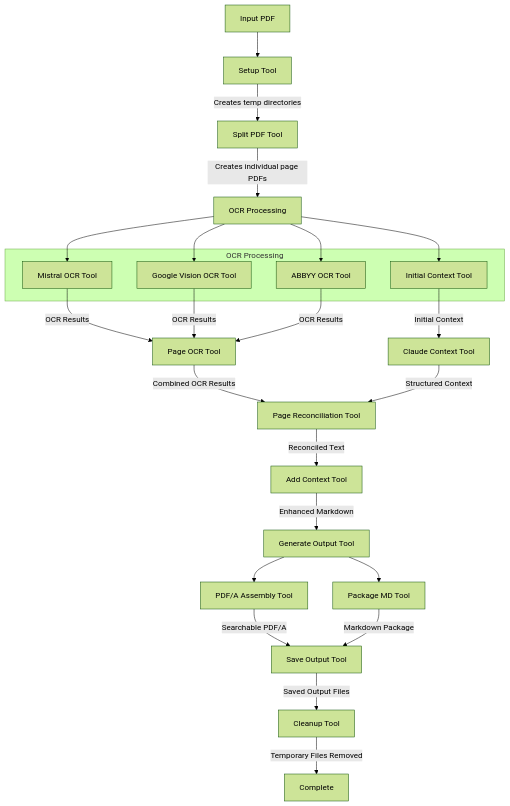
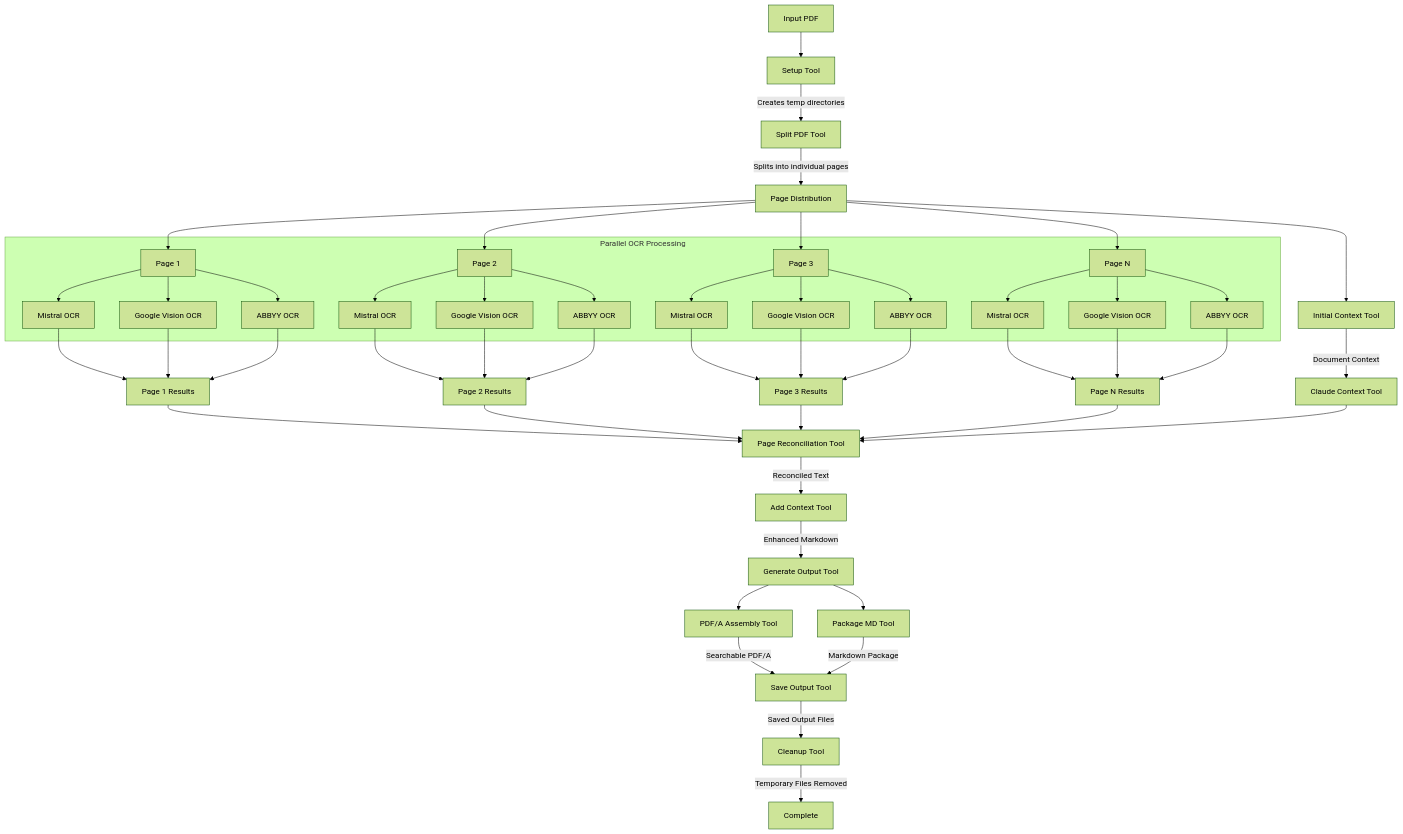
Before and after one commit to chadananda/flowkit: the diagram in example_apps/ocr-pdf/README.md, drawn with Mermaid (forest theme). The commit also changed other lines of this file, not shown here.

Commit message:
improved readme for ocr-pdf

````diff
--- a/example_apps/ocr-pdf/README.md
+++ b/example_apps/ocr-pdf/README.md
@@ -80,38 +84,62 @@
 ```mermaid
 graph TD
     A[Input PDF] --> B[Setup Tool]
     B -->|Creates temp directories| C[Split PDF Tool]
-    C -->|Creates individual page PDFs| D[OCR Processing]
+    C -->|Splits into individual pages| D[Page Distribution]
     
-    subgraph "OCR Processing"
-        D1[Mistral OCR Tool] 
-        D2[Google Vision OCR Tool]
-        D3[ABBYY OCR Tool]
-        D4[Initial Context Tool]
+    %% Page Distribution to Parallel OCR Engines
+    D --> D1[Page 1]
+    D --> D2[Page 2]
+    D --> D3[Page 3]
+    D --> D4[Page N]
+    
+    %% Parallel OCR Processing for each page
+    subgraph "Parallel OCR Processing"
+        %% Page 1 Processing
+        D1 --> E1[Mistral OCR]
+        D1 --> F1[Google Vision OCR]
+        D1 --> G1[ABBYY OCR]
+        
+        %% Page 2 Processing
+        D2 --> E2[Mistral OCR]
+        D2 --> F2[Google Vision OCR]
+        D2 --> G2[ABBYY OCR]
+        
+        %% Page 3 Processing
+        D3 --> E3[Mistral OCR]
+        D3 --> F3[Google Vision OCR]
+        D3 --> G3[ABBYY OCR]
+        
+        %% Page N Processing
+        D4 --> E4[Mistral OCR]
+        D4 --> F4[Google Vision OCR]
+        D4 --> G4[ABBYY OCR]
     end
     
-    D --> D1
-    D --> D2
-    D --> D3
-    D --> D4
+    %% Results Collection
+    E1 & F1 & G1 --> H1[Page 1 Results]
+    E2 & F2 & G2 --> H2[Page 2 Results]
+    E3 & F3 & G3 --> H3[Page 3 Results]
+    E4 & F4 & G4 --> H4[Page N Results]
     
-    D1 -->|OCR Results| E[Page OCR Tool]
-    D2 -->|OCR Results| E
-    D3 -->|OCR Results| E
-    D4 -->|Initial Context| F[Claude Context Tool]
+    %% Context Extraction
+    D --> I[Initial Context Tool]
+    I -->|Document Context| J[Claude Context Tool]
     
-    E -->|Combined OCR Results| G[Page Reconciliation Tool]
-    F -->|Structured Context| G
+    %% Results Reconciliation
+    H1 & H2 & H3 & H4 --> K[Page Reconciliation Tool]
+    J --> K
     
-    G -->|Reconciled Text| H[Add Context Tool]
-    H -->|Enhanced Markdown| I[Generate Output Tool]
+    %% Output Generation
+    K -->|Reconciled Text| L[Add Context Tool]
+    L -->|Enhanced Markdown| M[Generate Output Tool]
     
-    I --> J1[PDF/A Assembly Tool]
-    I --> J2[Package MD Tool]
+    M --> N1[PDF/A Assembly Tool]
+    M --> N2[Package MD Tool]
     
-    J1 -->|Searchable PDF/A| K[Save Output Tool]
-    J2 -->|Markdown Package| K
+    N1 -->|Searchable PDF/A| O[Save Output Tool]
+    N2 -->|Markdown Package| O
     
-    K -->|Saved Output Files| L[Cleanup Tool]
-    L -->|Temporary Files Removed| M[Complete]
+    O -->|Saved Output Files| P[Cleanup Tool]
+    P -->|Temporary Files Removed| Q[Complete]
 ```
````
